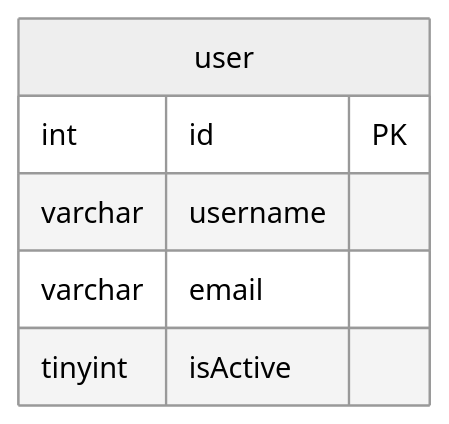
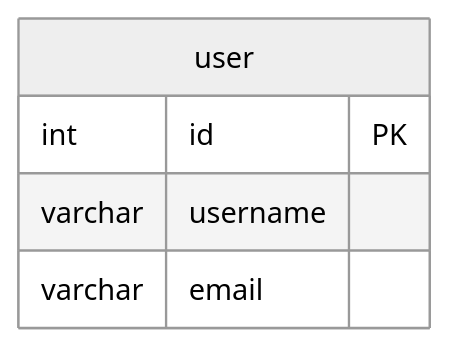
One commit to hermin9804/typeorm-markdown-generator changed the second of 4 diagrams in test/test-nestjs-app/docs/mysql-erd.md. Above: the diagram before and after it, drawn with Mermaid (neutral theme). The commit also changed other lines of this file and 5 other files, not shown here.

````diff
--- a/test/test-nestjs-app/docs/mysql-erd.md
+++ b/test/test-nestjs-app/docs/mysql-erd.md
@@ -140,10 +95,9 @@
 ```mermaid
 erDiagram
   user {
     int id PK
     varchar username
     varchar email
-    tinyint isActive
   }
   
 ```
````
